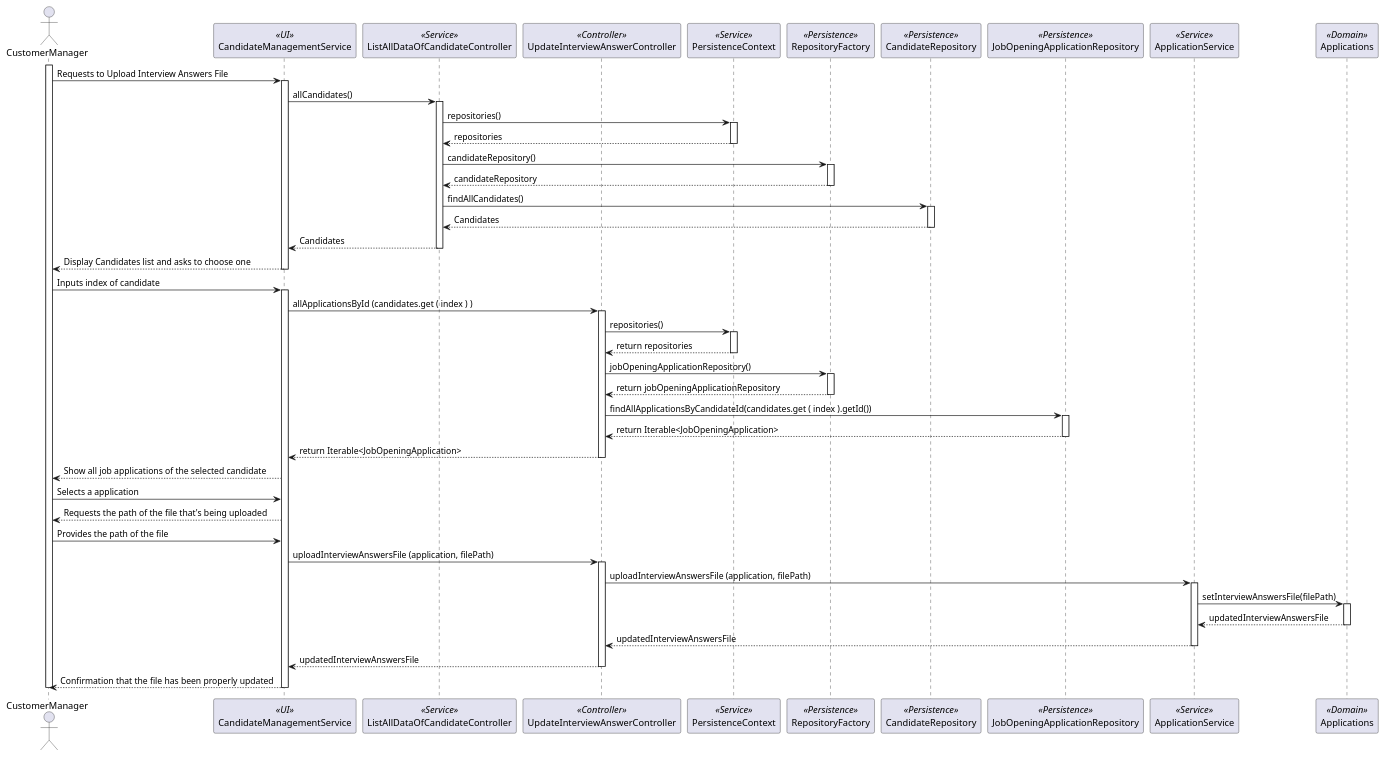
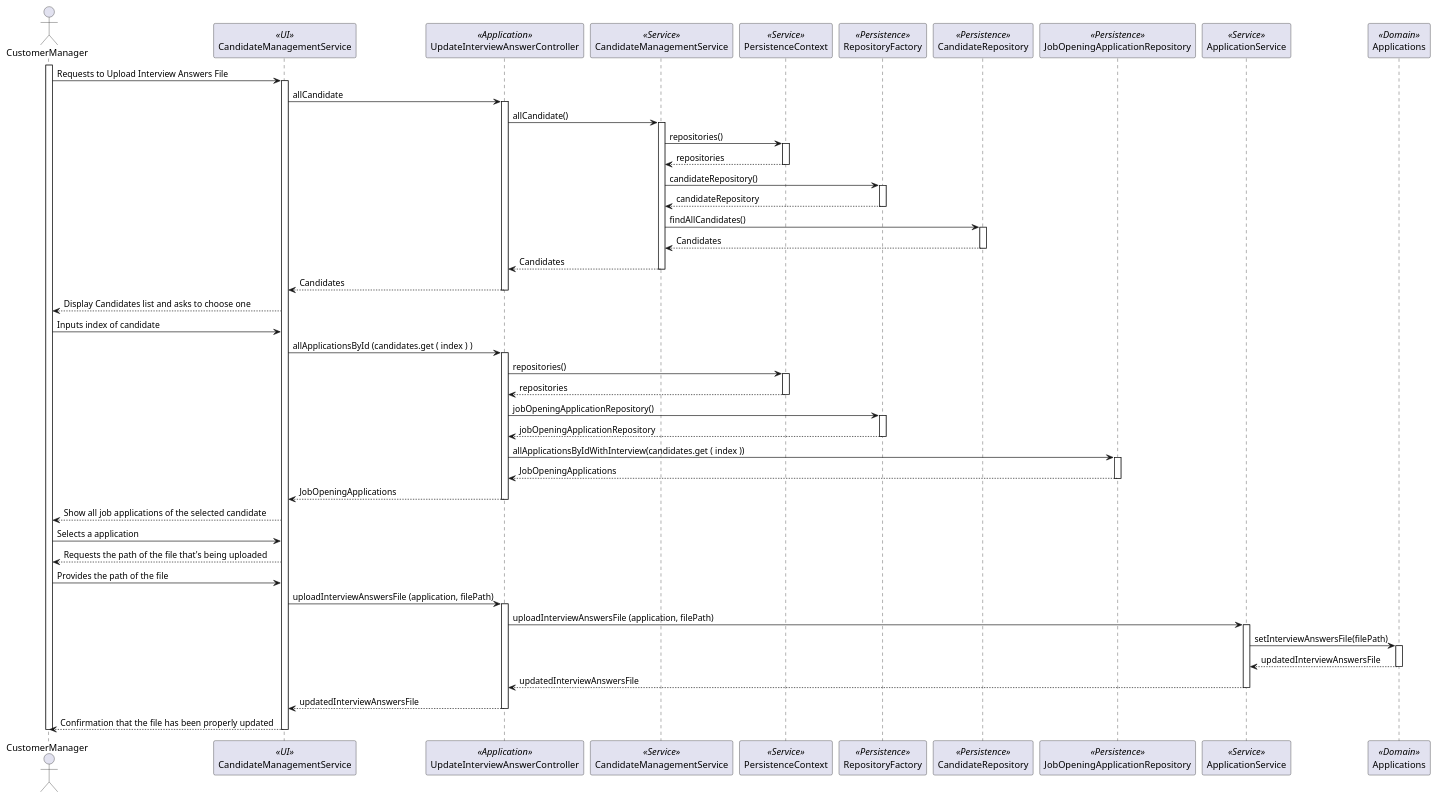
One commit to marcoferreira37/Lapr4 changed the diagram in docs/sprintC/1017/puml/1017-sequence-diagram.puml. Above: the diagram before and after it, drawn with PlantUML.

Commit message:
#46 Us1017 documentation update

```diff
--- a/docs/sprintC/1017/puml/1017-sequence-diagram.puml
+++ b/docs/sprintC/1017/puml/1017-sequence-diagram.puml
@@ -1,83 +1,86 @@
 @startuml
 
 actor CustomerManager as CM
 participant CandidateManagementService as UI <<UI>>
-participant ListAllDataOfCandidateController as S <<Service>>
-participant UpdateInterviewAnswerController as CTRL <<Controller>>
+participant UpdateInterviewAnswerController as CTRL <<Application>>
+participant CandidateManagementService as S <<Service>>
 participant "PersistenceContext" as P <<Service>>
 
 participant "RepositoryFactory" as RF <<Persistence>>
 participant "CandidateRepository" as CR <<Persistence>>
 participant "JobOpeningApplicationRepository" as JAR <<Persistence>>
 
 participant ApplicationService as APPS <<Service>>
 participant Applications as Aps <<Domain>>
 
 
 
 
 activate CM
 CM -> UI: Requests to Upload Interview Answers File
 activate UI
-UI -> S : allCandidates()
+UI->CTRL:allCandidate
+activate CTRL
+CTRL -> S : allCandidate()
 activate S
 S -> P: repositories()
 activate P
 P --> S: repositories
 deactivate P
 S -> RF: candidateRepository()
 activate RF
 RF --> S: candidateRepository
 deactivate RF
 S -> CR: findAllCandidates()
 activate CR
 CR --> S: Candidates
+
 deactivate CR
-S --> UI: Candidates
+S --> CTRL: Candidates
 deactivate S
+CTRL --> UI: Candidates
+deactivate CTRL
 UI --> CM: Display Candidates list and asks to choose one
-deactivate UI
 CM->UI: Inputs index of candidate
-activate UI
 UI -> CTRL: allApplicationsById (candidates.get ( index ) )
 activate CTRL
 CTRL -> P: repositories()
 activate P
-P --> CTRL: return repositories
+P --> CTRL: repositories
 deactivate P
 CTRL -> RF: jobOpeningApplicationRepository()
 activate RF
-RF --> CTRL: return jobOpeningApplicationRepository
+RF --> CTRL: jobOpeningApplicationRepository
 deactivate RF
-CTRL -> JAR: findAllApplicationsByCandidateId(candidates.get ( index ).getId())
+CTRL -> JAR: allApplicationsByIdWithInterview(candidates.get ( index ))
 activate JAR
-JAR --> CTRL: return Iterable<JobOpeningApplication>
+JAR --> CTRL: JobOpeningApplications
 deactivate JAR
-CTRL --> UI: return Iterable<JobOpeningApplication>
+CTRL --> UI: JobOpeningApplications
 deactivate CTRL
 
 
 
 
 UI--> CM : Show all job applications of the selected candidate
 CM->UI : Selects a application
 UI-->CM: Requests the path of the file that's being uploaded
 CM->UI: Provides the path of the file
 UI->CTRL : uploadInterviewAnswersFile (application, filePath)
 activate CTRL
 CTRL->APPS: uploadInterviewAnswersFile (application, filePath)
 activate APPS
 APPS->Aps:setInterviewAnswersFile(filePath)
 activate Aps
 Aps-->APPS: updatedInterviewAnswersFile
 deactivate Aps
 APPS-->CTRL: updatedInterviewAnswersFile
 deactivate APPS
 CTRL-->UI: updatedInterviewAnswersFile
 deactivate CTRL
 UI-->CM : Confirmation that the file has been properly updated
 deactivate UI
 
 deactivate CM
 
 @enduml
```
